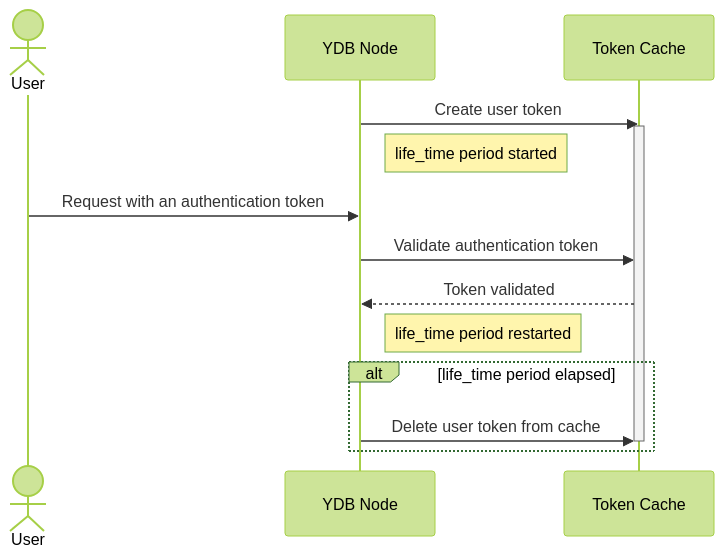
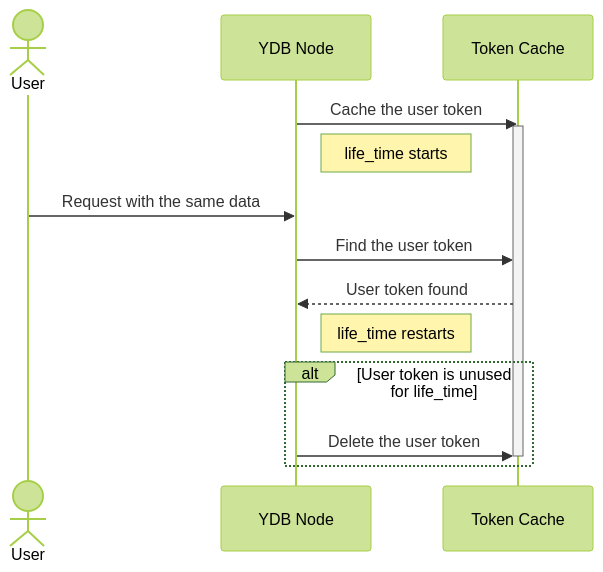
One commit to ydb-platform/ydb changed the diagram in ydb/docs/en/core/security/_assets/user-token-lifecycle.md. Above: the diagram before and after it, drawn with Mermaid (forest theme). The commit also changed 8 other files, not shown here.

````diff
--- a/ydb/docs/en/core/security/_assets/user-token-lifecycle.md
+++ b/ydb/docs/en/core/security/_assets/user-token-lifecycle.md
@@ -1,20 +1,20 @@
 ```mermaid
 sequenceDiagram
     actor user as User
     participant node as YDB Node
     participant cache as Token Cache
 
-    node->>cache: Create user token
+    node->>cache: Cache the user token
     activate cache
-    Note right of node: life_time period started
+    Note right of node: life_time starts
 
-    user->>node: Request with an authentication token
-    node->>cache: Validate authentication token
-    cache-->>node: Token validated
-    Note right of node: life_time period restarted
+    user->>node: Request with the same data
+    node->>cache: Find the user token
+    cache-->>node: User token found
+    Note right of node: life_time restarts
 
-    alt life_time period elapsed
-    node->>cache: Delete user token from cache
+    alt User token is unused for life_time
+    node->>cache: Delete the user token
     deactivate cache
     end
 ```
````
